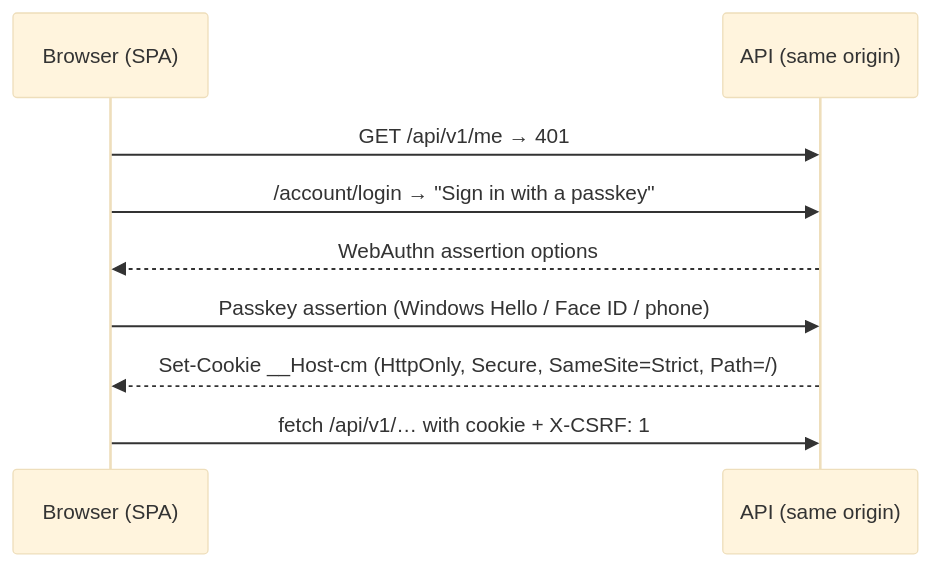
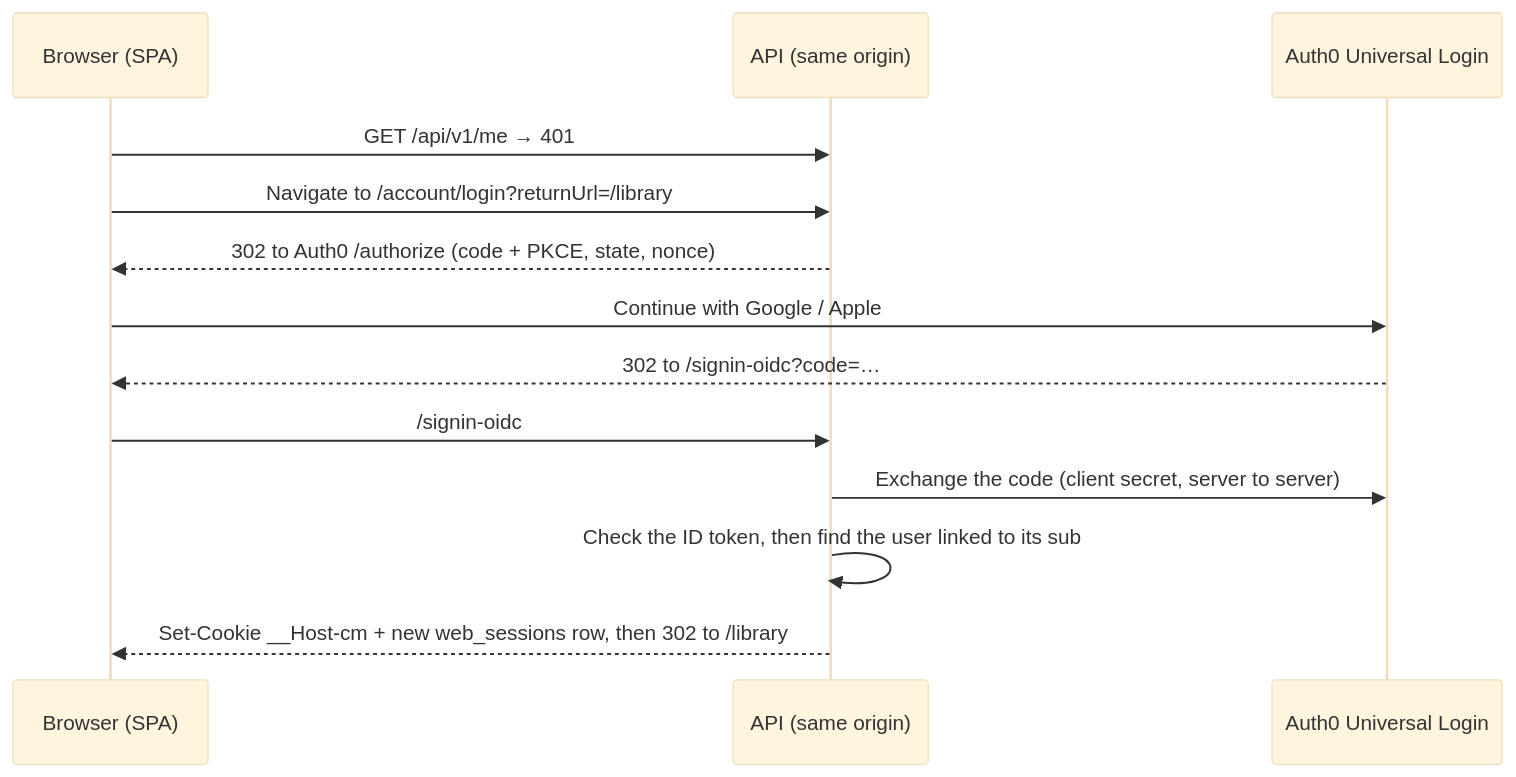
Before and after one commit to coryfinnegan/CollectionMaxxing: the second of 4 diagrams in docs/07-authentication-and-authorization.md, drawn with Mermaid (base theme). The commit also changed other lines of this file and 21 other files, not shown here.

````diff
--- a/docs/07-authentication-and-authorization.md
+++ b/docs/07-authentication-and-authorization.md
@@ -43,11 +56,15 @@
 ```mermaid
 sequenceDiagram
   participant B as Browser (SPA)
   participant API as API (same origin)
+  participant A as Auth0 Universal Login
   B->>API: GET /api/v1/me → 401
-  B->>API: /account/login → "Sign in with a passkey"
-  API-->>B: WebAuthn assertion options
-  B->>API: Passkey assertion (Windows Hello / Face ID / phone)
-  API-->>B: Set-Cookie __Host-cm (HttpOnly, Secure, SameSite=Strict, Path=/)
-  B->>API: fetch /api/v1/… with cookie + X-CSRF: 1
+  B->>API: Navigate to /account/login?returnUrl=/library
+  API-->>B: 302 to Auth0 /authorize (code + PKCE, state, nonce)
+  B->>A: Continue with Google / Apple
+  A-->>B: 302 to /signin-oidc?code=…
+  B->>API: /signin-oidc
+  API->>A: Exchange the code (client secret, server to server)
+  API->>API: Check the ID token, then find the user linked to its sub
+  API-->>B: Set-Cookie __Host-cm + new web_sessions row, then 302 to /library
 ```
````
